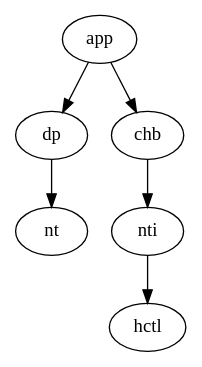
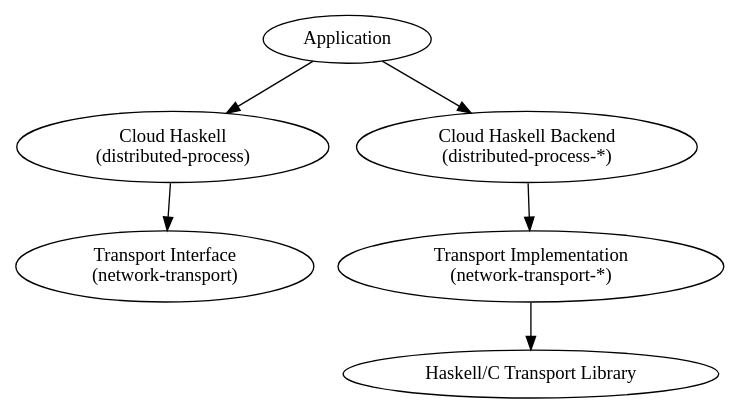
One commit to qnikst/haskell-distributed.github.com changed the diagram in source/overview.rst. Above: the diagram before and after it, drawn with Graphviz. The commit also changed other lines of this file and 2 other files, not shown here.

```diff
--- a/source/overview.rst
+++ b/source/overview.rst
@@ -93,12 +93,12 @@
 .. graphviz::
 
    digraph {
       app->dp->nt;
       app->chb->nti->hctl;
-      app{label="Application"};
-      dp{label="Cloud Haskell\n(distributed-process)"};
-      nt{label="Transport Interface\n(network-transport)"};
-      chb{label="Cloud Haskell Backend\n(distributed-process-*)"};
-      nti{label="Transport Implementation\n(network-transport-*)"};
-      hctl{label="Haskell/C Transport Library"};
+      app[label="Application"];
+      dp[label="Cloud Haskell\n(distributed-process)"];
+      nt[label="Transport Interface\n(network-transport)"];
+      chb[label="Cloud Haskell Backend\n(distributed-process-*)"];
+      nti[label="Transport Implementation\n(network-transport-*)"];
+      hctl[label="Haskell/C Transport Library"];
    }
```
